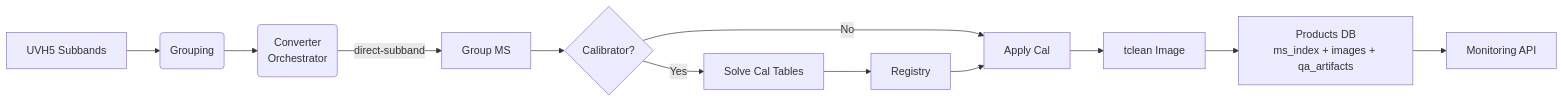
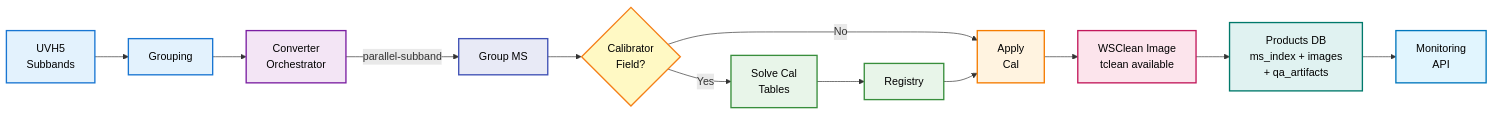
Before and after one commit to dsa110/dsa110-contimg: the diagram in docs/concepts/architecture.md, drawn with Mermaid. The commit also changed 423 other files, not shown here.

````diff
--- a/docs/concepts/architecture.md
+++ b/docs/concepts/architecture.md
@@ -3,14 +3,26 @@
 ```mermaid
 flowchart LR
-  A[UVH5 Subbands] --> B(Grouping)
-  B --> C(Converter<br/>Orchestrator)
-  C -->|direct-subband| D[Group MS]
-  D --> E{Calibrator?}
-  E -->|Yes| F[Solve Cal Tables]
-  F --> G[Registry]
-  E -->|No| H[Apply Cal]
+  A["UVH5<br/>Subbands"] --> B["Grouping"]
+  B --> C["Converter<br/>Orchestrator"]
+  C -->|parallel-subband| D["Group MS"]
+  D --> E{"Calibrator<br/>Field?"}
+  E -->|Yes| F["Solve Cal<br/>Tables"]
+  F --> G["Registry"]
+  E -->|No| H["Apply<br/>Cal"]
   G --> H
-  H --> I[tclean Image]
-  I --> J[Products DB<br/>ms_index + images + qa_artifacts]
-  J --> K[Monitoring API]
+  H --> I["WSClean Image<br/>tclean available"]
+  I --> J["Products DB<br/>ms_index + images<br/>+ qa_artifacts"]
+  J --> K["Monitoring<br/>API"]
+  
+  style A fill:#E3F2FD,stroke:#1976D2,stroke-width:2px,color:#000
+  style B fill:#E3F2FD,stroke:#1976D2,stroke-width:2px,color:#000
+  style C fill:#F3E5F5,stroke:#7B1FA2,stroke-width:2px,color:#000
+  style D fill:#E8EAF6,stroke:#3F51B5,stroke-width:2px,color:#000
+  style E fill:#FFF9C4,stroke:#F57F17,stroke-width:2px,color:#000
+  style F fill:#E8F5E9,stroke:#388E3C,stroke-width:2px,color:#000
+  style G fill:#E8F5E9,stroke:#388E3C,stroke-width:2px,color:#000
+  style H fill:#FFF3E0,stroke:#F57C00,stroke-width:2px,color:#000
+  style I fill:#FCE4EC,stroke:#C2185B,stroke-width:2px,color:#000
+  style J fill:#E0F2F1,stroke:#00796B,stroke-width:2px,color:#000
+  style K fill:#E1F5FE,stroke:#0277BD,stroke-width:2px,color:#000
 ```
````
